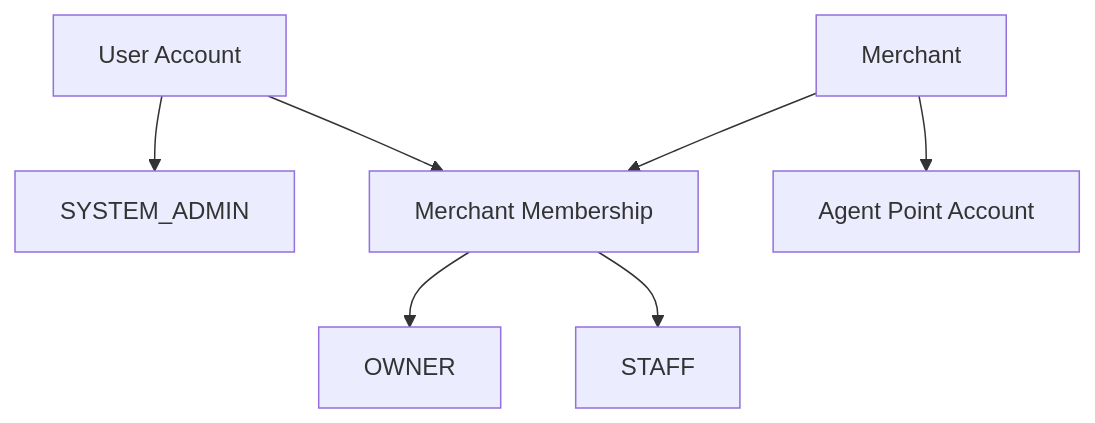
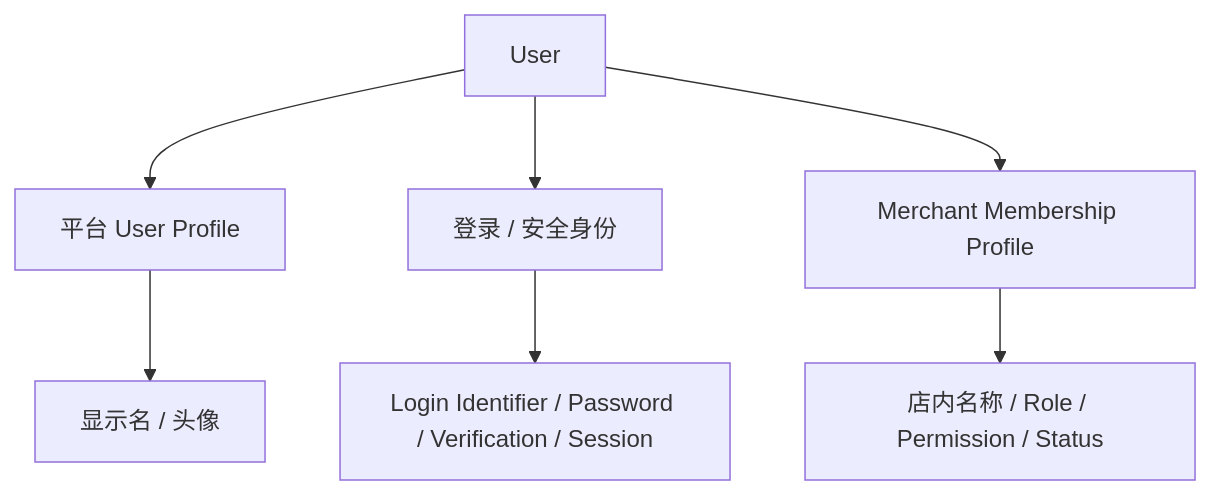
Before and after one commit to sxyq/mastergoods: the second of 2 diagrams in docs/system-design/01-账户与身份/账户与身份模块.md, drawn with Mermaid. The commit also changed other lines of this file and 10 other files, not shown here.

Commit message:
docs(system-design): expand account identity security design

````diff
--- a/docs/system-design/01-账户与身份/账户与身份模块.md
+++ b/docs/system-design/01-账户与身份/账户与身份模块.md
@@ -43,13 +112,12 @@
 ```mermaid
 flowchart TD
-    USER[User Account]
+    USER[User]
 
-    USER --> SA[SYSTEM_ADMIN]
-    USER --> MEMBERSHIP[Merchant Membership]
+    USER --> PROFILE[平台 User Profile]
+    USER --> SECURITY[登录 / 安全身份]
+    USER --> MEMBERSHIP[Merchant Membership Profile]
 
-    MEMBERSHIP --> OWNER[OWNER]
-    MEMBERSHIP --> STAFF[STAFF]
-
-    MERCHANT[Merchant] --> MEMBERSHIP
-    MERCHANT --> POINT[Agent Point Account]
+    PROFILE --> P1[显示名 / 头像]
+    SECURITY --> S1[Login Identifier / Password / Verification / Session]
+    MEMBERSHIP --> M1[店内名称 / Role / Permission / Status]
 ```
````
